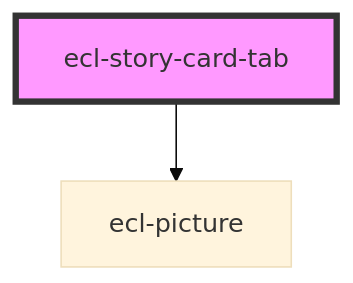
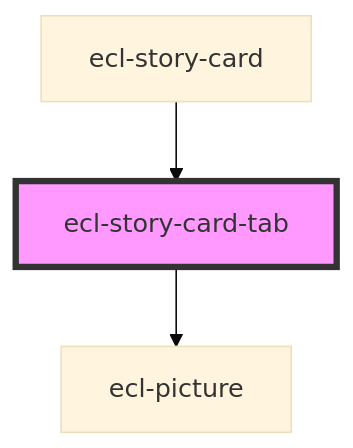
One commit to ec-europa/ecl-webcomponents changed the diagram in src/components/ecl-story-card/readme.md. Above: the diagram before and after it, drawn with Mermaid (base theme). The commit also changed other lines of this file and 7 other files, not shown here.

Commit message:
chore(story-card): drastically simplifying markup

````diff
--- a/src/components/ecl-story-card/readme.md
+++ b/src/components/ecl-story-card/readme.md
@@ -26,5 +30,6 @@
 ```mermaid
 graph TD;
   ecl-story-card-tab --> ecl-picture
+  ecl-story-card --> ecl-story-card-tab
   style ecl-story-card-tab fill:#f9f,stroke:#333,stroke-width:4px
 ```
````
